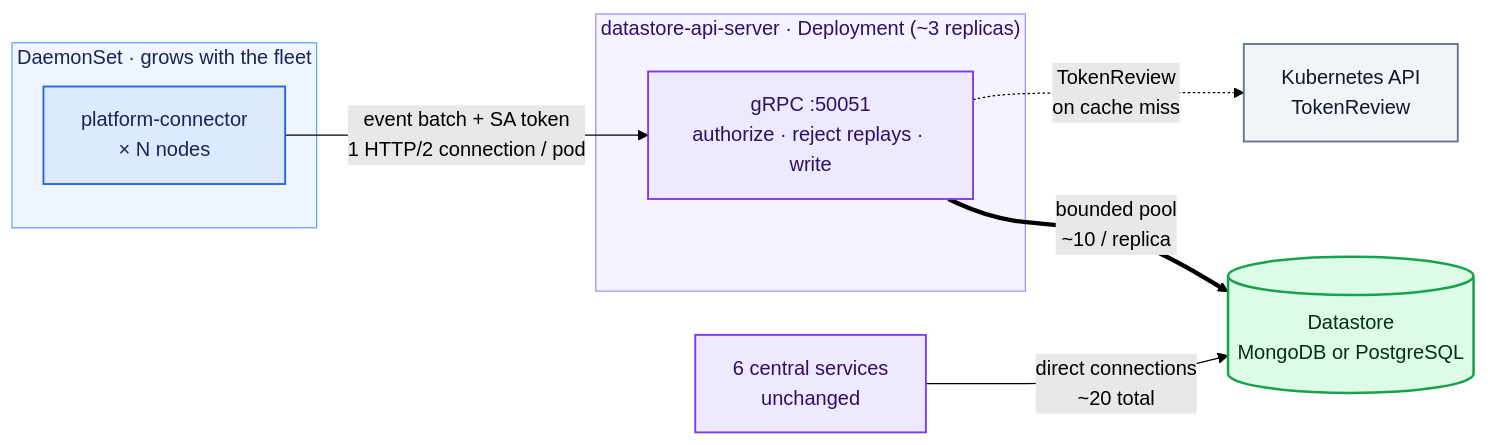
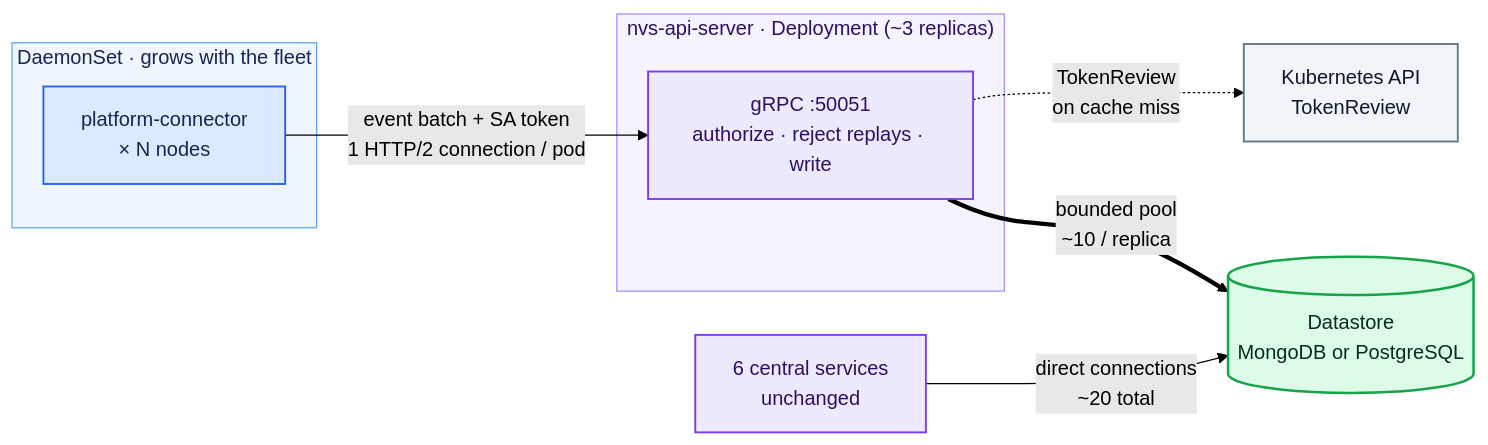
One commit to KaivalyaMDabhadkar/NVSentinel changed the third of 6 diagrams in docs/designs/050-datastore-api-server.md. Above: the diagram before and after it, drawn with Mermaid (forest theme). The commit also changed other lines of this file, not shown here.

````diff
--- a/docs/designs/050-datastore-api-server.md
+++ b/docs/designs/050-datastore-api-server.md
@@ -162,30 +161,30 @@
 ```mermaid
 flowchart LR
     subgraph fleet["DaemonSet · grows with the fleet"]
         PC["platform-connector<br/>× N nodes"]
     end
 
-    subgraph server["datastore-api-server · Deployment (~3 replicas)"]
+    subgraph server["nvs-api-server · Deployment (~3 replicas)"]
         API["gRPC :50051<br/>authorize · reject replays · write"]
     end
 
     K8S["Kubernetes API<br/>TokenReview"]
     CS["6 central services<br/>unchanged"]
     DB[("Datastore<br/>MongoDB or PostgreSQL")]
 
     PC -- "event batch + SA token<br/>1 HTTP/2 connection / pod" --> API
     API == "bounded pool<br/>~10 / replica" ==> DB
     API -. "TokenReview<br/>on cache miss" .-> K8S
     CS -- "direct connections<br/>~20 total" --> DB
 
     classDef writer fill:#DBEAFE,stroke:#2563EB,color:#172554,stroke-width:1.5px
     classDef service fill:#EDE9FE,stroke:#7C3AED,color:#2E1065,stroke-width:1.5px
     classDef support fill:#F1F5F9,stroke:#64748B,color:#0F172A,stroke-width:1.5px
     classDef database fill:#DCFCE7,stroke:#16A34A,color:#052E16,stroke-width:2px
     class PC writer
     class API,CS service
     class K8S support
     class DB database
     style fleet fill:#EFF6FF,stroke:#60A5FA,color:#172554,stroke-width:1px
     style server fill:#F5F3FF,stroke:#A78BFA,color:#2E1065,stroke-width:1px
 ```
````
